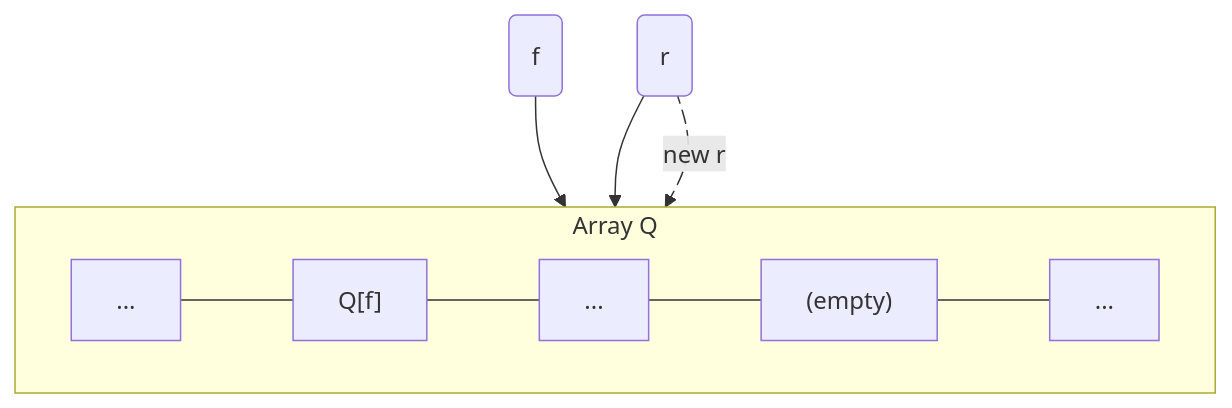
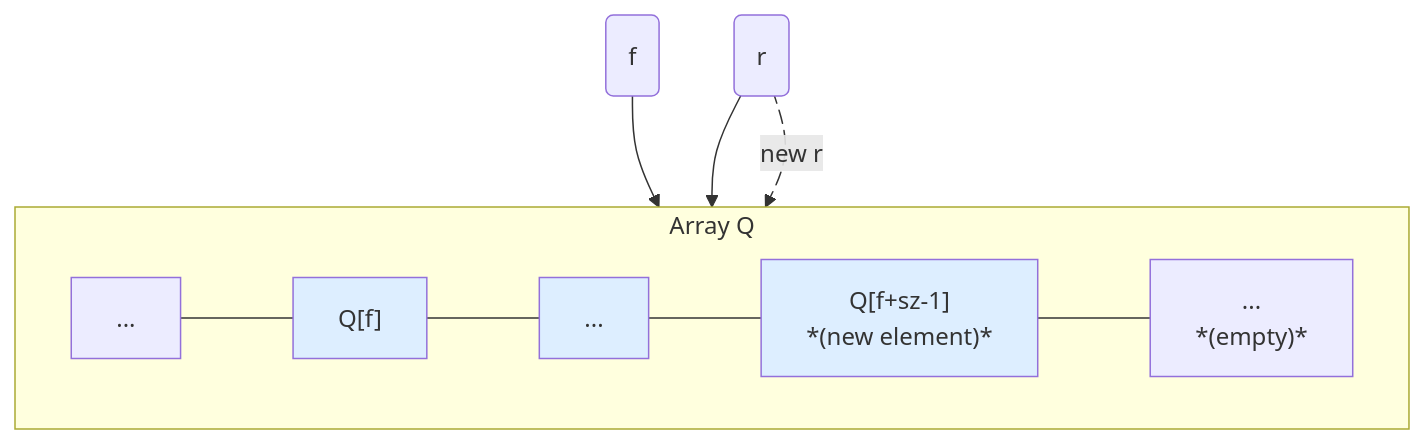
One commit to ruslylove/datastruct changed the second of 10 diagrams in lectures/lect-6-Queues.md. Above: the diagram before and after it, drawn with Mermaid. The commit also changed other lines of this file and 2 other files, not shown here.

Commit message:
fixed diagram.

````diff
--- a/lectures/lect-6-Queues.md
+++ b/lectures/lect-6-Queues.md
@@ -169,13 +169,15 @@
 ```mermaid {scale:0.8}
 graph TD
     subgraph "Array Q"
         direction LR
-        A["..."] --- B["Q[f]"] --- C["..."] --- D["(empty)"] --- E["..."]
+        A["..."] --- B["Q[f]"] --- C["..."] --- D["Q[f+sz-1]<br>*(new element)*"] --- E["...<br>*(empty)*"]
     end
     f("f") --> B
     r("r") --> D
     r e1@-. "new r" .-> E
 
     e1@{ animate : true}
+    classDef element fill:#def
+    class B,C,D element
 
 ```
````
